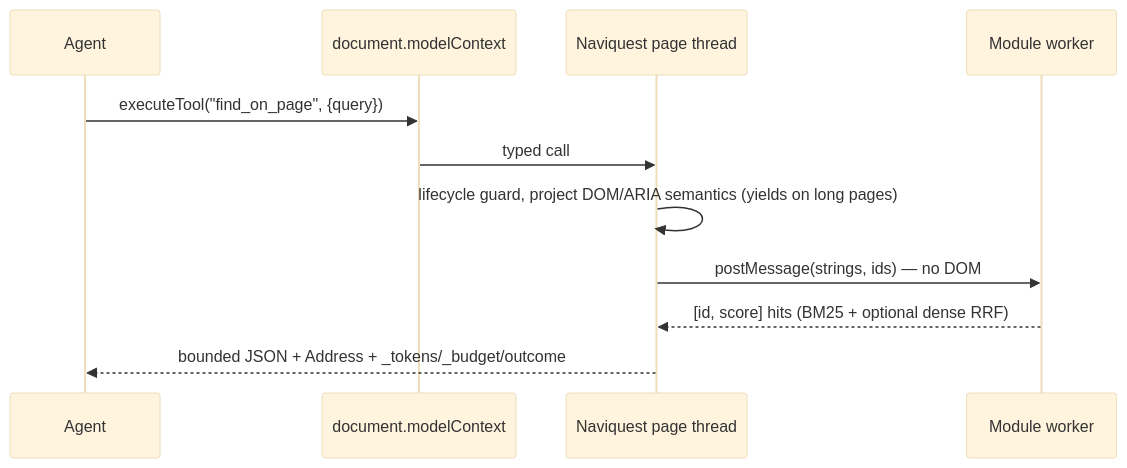
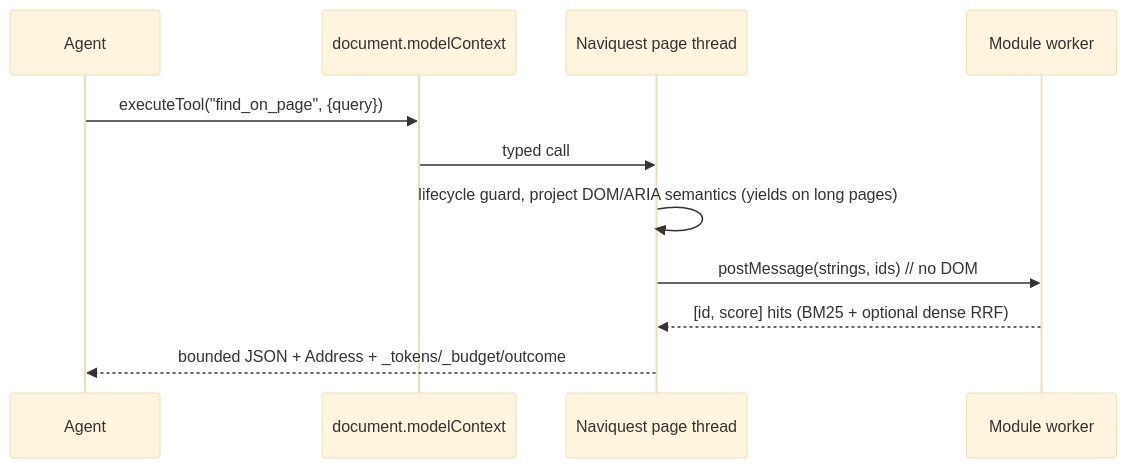
One commit to bgauryy/naviquest changed the third of 3 diagrams in README.md. Above: the diagram before and after it, drawn with Mermaid (base theme). The commit also changed other lines of this file and 11 other files, not shown here.

````diff
--- a/README.md
+++ b/README.md
@@ -344,13 +357,13 @@
 ```mermaid
 sequenceDiagram
   participant A as Agent
   participant MC as document.modelContext
   participant NQ as Naviquest page thread
   participant W as Module worker
   A->>MC: executeTool("find_on_page", {query})
   MC->>NQ: typed call
   NQ->>NQ: lifecycle guard, project DOM/ARIA semantics (yields on long pages)
-  NQ->>W: postMessage(strings, ids) — no DOM
+  NQ->>W: postMessage(strings, ids) // no DOM
   W-->>NQ: [id, score] hits (BM25 + optional dense RRF)
   NQ-->>A: bounded JSON + Address + _tokens/_budget/outcome
 ```
````
